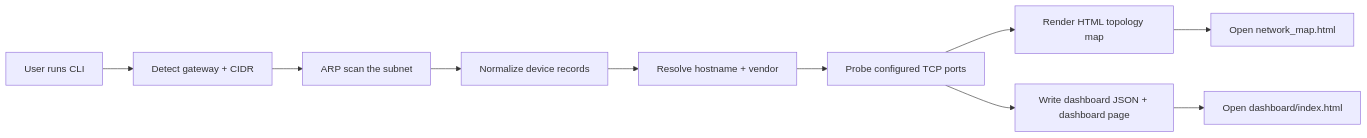
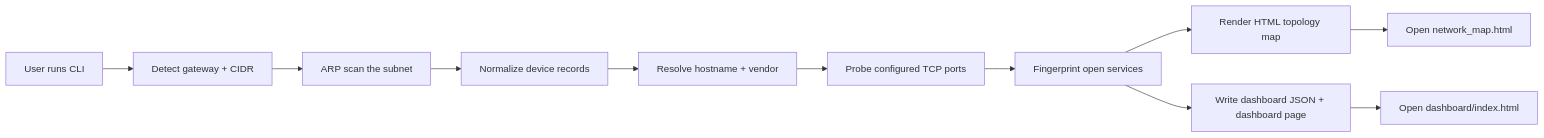
The diagram in README.md (Agape1211/Atuse), drawn with Mermaid before and after one commit. The commit also changed other lines of this file and 2 other files, not shown here.

````diff
--- a/README.md
+++ b/README.md
@@ -109,12 +110,13 @@
 ```mermaid
 flowchart LR
     A[User runs CLI] --> B[Detect gateway + CIDR]
     B --> C[ARP scan the subnet]
     C --> D[Normalize device records]
     D --> E[Resolve hostname + vendor]
     E --> F[Probe configured TCP ports]
-    F --> G[Render HTML topology map]
-    F --> H[Write dashboard JSON + dashboard page]
-    G --> I[Open network_map.html]
-    H --> J[Open dashboard/index.html]
+    F --> G[Fingerprint open services]
+    G --> H[Render HTML topology map]
+    G --> I[Write dashboard JSON + dashboard page]
+    H --> J[Open network_map.html]
+    I --> K[Open dashboard/index.html]
 ```
````
